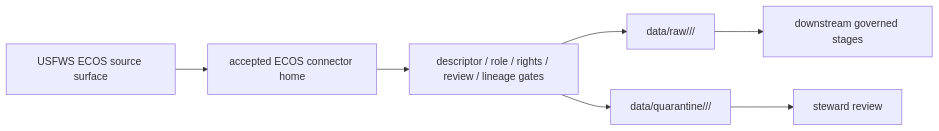
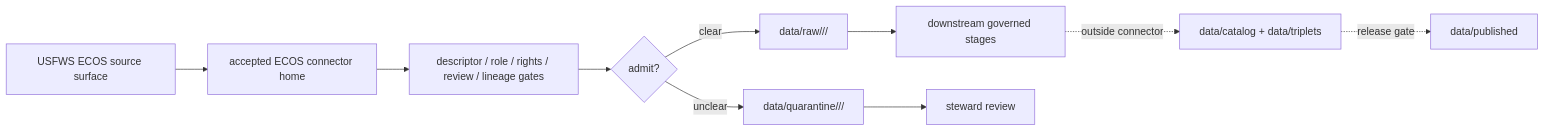
The diagram in connectors/usfws_ecos/README.md (bartytime4life/Kansas-Frontier-Matrix), drawn with Mermaid before and after one commit. The commit also changed other lines of this file, not shown here.

````diff
--- a/connectors/usfws_ecos/README.md
+++ b/connectors/usfws_ecos/README.md
@@ -87,9 +186,12 @@
 ```mermaid
 flowchart LR
   SRC[USFWS ECOS source surface] --> HOME[accepted ECOS connector home]
   HOME --> GATE[descriptor / role / rights / review / lineage gates]
-  GATE --> RAW[data/raw/<domain>/<source_id>/<run_id>]
-  GATE --> QUAR[data/quarantine/<domain>/<source_id>/<run_id>]
+  GATE --> DECIDE{admit?}
+  DECIDE -->|clear| RAW[data/raw/<domain>/<source_id>/<run_id>]
+  DECIDE -->|unclear| QUAR[data/quarantine/<domain>/<source_id>/<run_id>]
   RAW --> NEXT[downstream governed stages]
   QUAR --> REVIEW[steward review]
+  NEXT -. outside connector .-> CAT[data/catalog + data/triplets]
+  CAT -. release gate .-> PUB[data/published]
 ```
````
